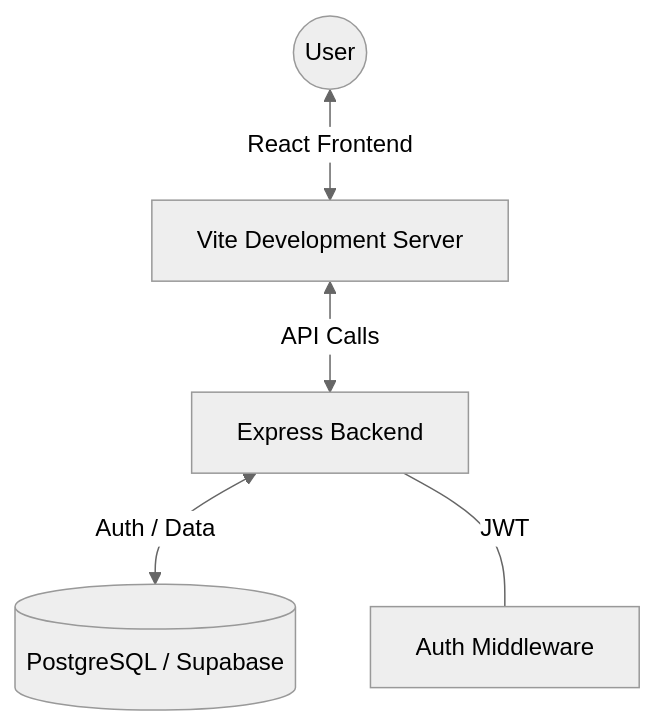
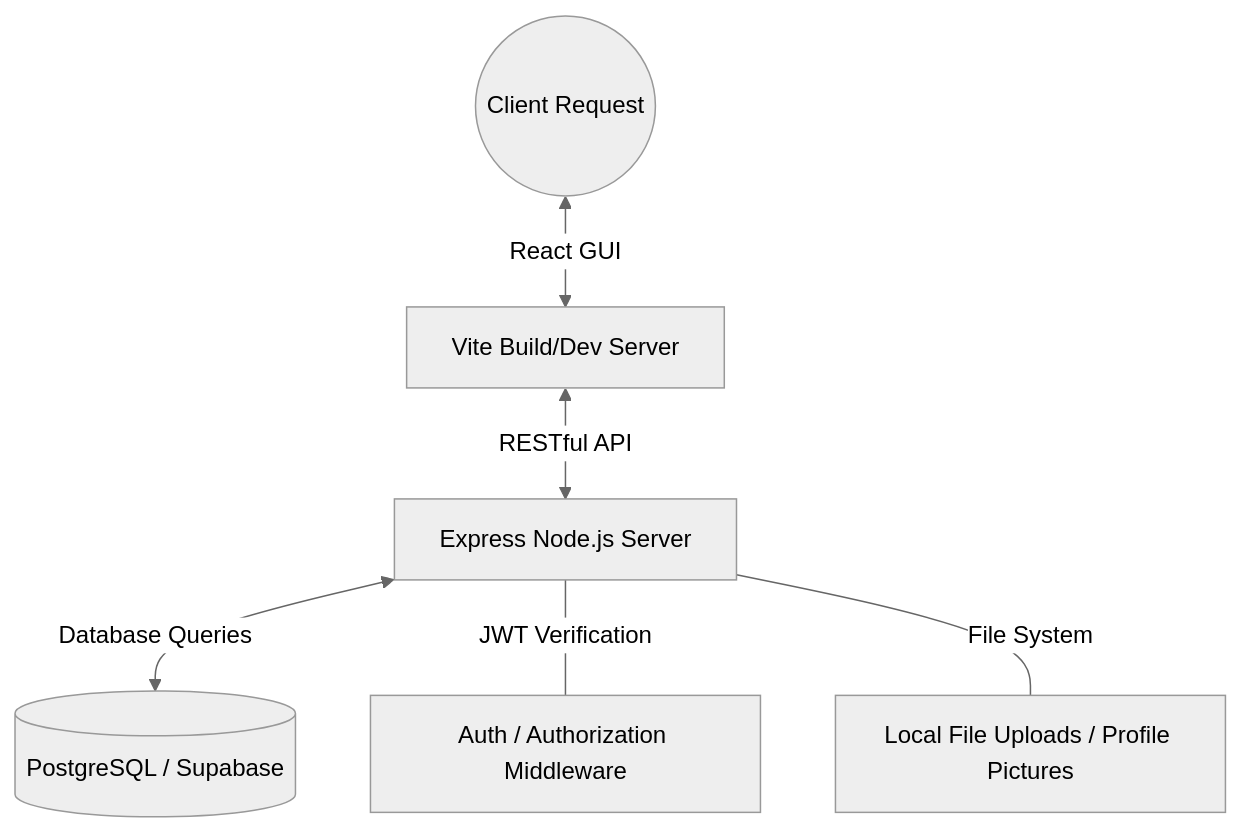
The diagram in README.md (Gamesunch/RegisSPHERE), drawn with Mermaid (neutral theme) before and after one commit. The commit also changed other lines of this file, not shown here.

````diff
--- a/README.md
+++ b/README.md
@@ -33,7 +41,8 @@
 ```mermaid
 graph TD
-    User((User)) <-->|React Frontend| Vite[Vite Development Server]
-    Vite <-->|API Calls| Express[Express Backend]
-    Express <-->|Auth / Data| PG[(PostgreSQL / Supabase)]
-    Express ---|JWT| Middleware[Auth Middleware]
+    User((Client Request)) <-->|React GUI| Vite[Vite Build/Dev Server]
+    Vite <-->|RESTful API | Express[Express Node.js Server]
+    Express <-->|Database Queries| PG[(PostgreSQL / Supabase)]
+    Express ---|JWT Verification| Middleware[Auth / Authorization Middleware]
+    Express ---|File System| Multer[Local File Uploads / Profile Pictures]
 ```
````
